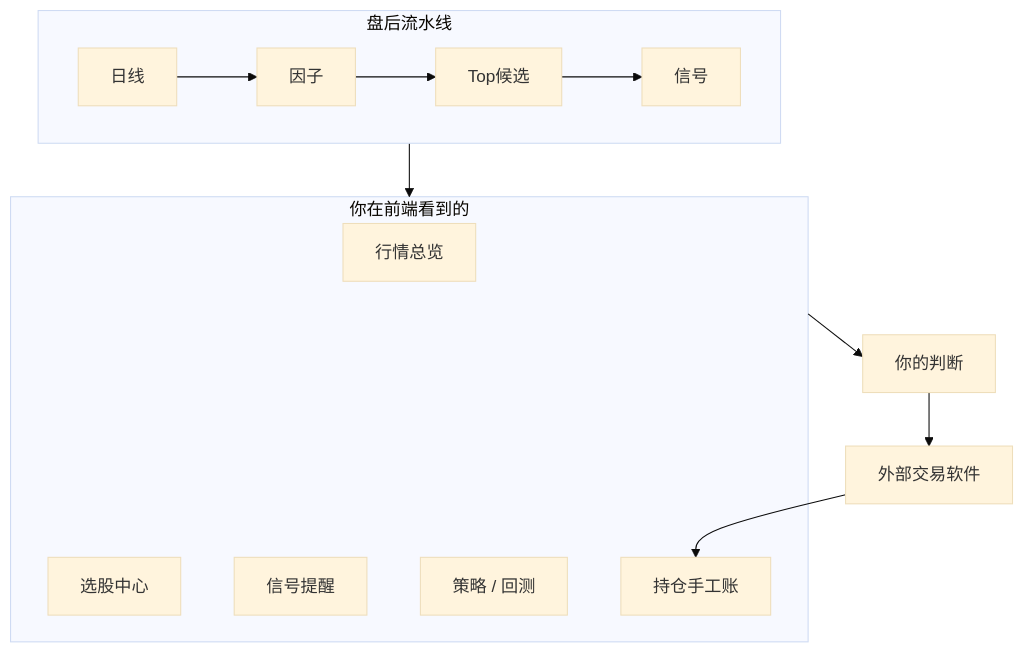
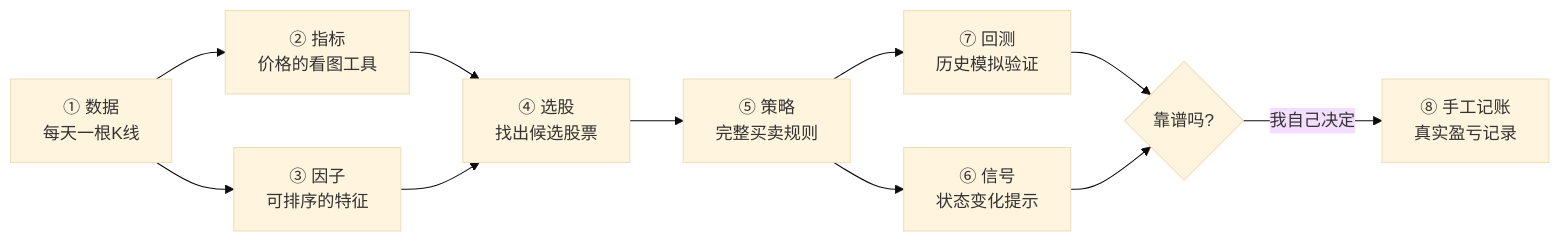
One commit to hankjs/trace changed the third of 4 diagrams in quant/slidev/slides.md. Above: the diagram before and after it, drawn with Mermaid (base theme). The commit also changed other lines of this file, not shown here.

````diff
--- a/quant/slidev/slides.md
+++ b/quant/slidev/slides.md
@@ -606,19 +589,13 @@
 ```mermaid
-flowchart TB
-  subgraph evening [盘后流水线]
-    D1[日线] --> D2[因子]
-    D2 --> D3[Top候选]
-    D3 --> D4[信号]
-  end
-  subgraph ui [你在前端看到的]
-    U1[行情总览]
-    U2[选股中心]
-    U3[信号提醒]
-    U4[策略 / 回测]
-    U5[持仓手工账]
-  end
-  evening --> ui
-  ui --> H[你的判断]
-  H --> X[外部交易软件]
-  X --> U5
+flowchart LR
+  A[① 数据<br/>每天一根K线] --> B[② 指标<br/>价格的看图工具]
+  A --> C[③ 因子<br/>可排序的特征]
+  B --> D[④ 选股<br/>找出候选股票]
+  C --> D
+  D --> E[⑤ 策略<br/>完整买卖规则]
+  E --> F[⑥ 信号<br/>状态变化提示]
+  E --> G[⑦ 回测<br/>历史模拟验证]
+  G --> H{靠谱吗?}
+  H -->|我自己决定| I[⑧ 手工记账<br/>真实盈亏记录]
+  F --> H
 ```
````
